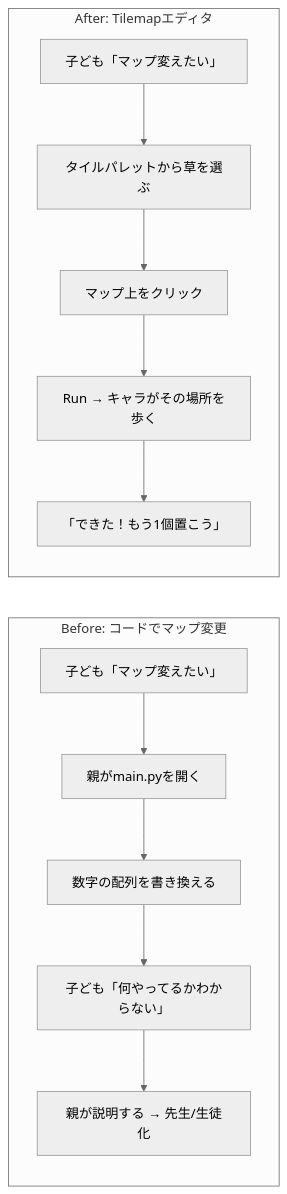
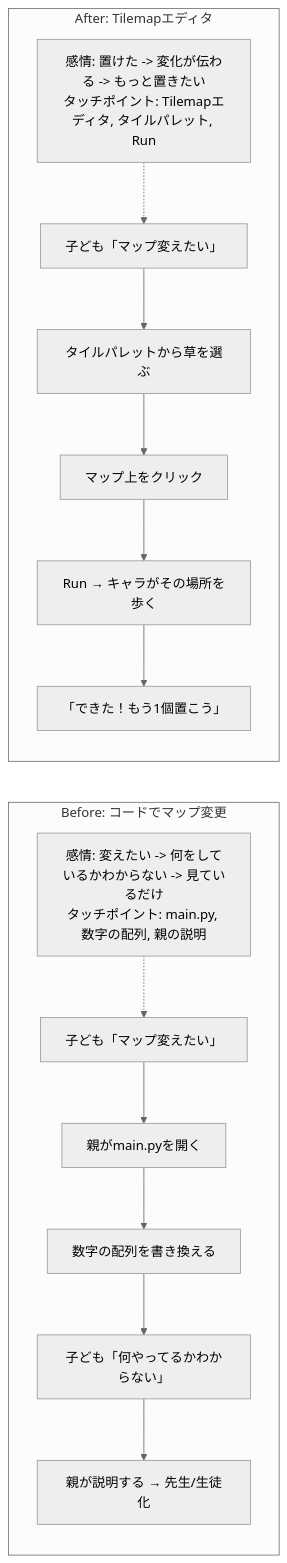
Before and after one commit to tatsuro-ueda/code-quest-pyxel: the first of 42 diagrams in docs/product-requirements/customer-journeys.md, drawn with Mermaid (neutral theme). The commit also changed other lines of this file and 23 other files, not shown here.

````diff
--- a/docs/product-requirements/customer-journeys.md
+++ b/docs/product-requirements/customer-journeys.md
@@ -17,15 +19,19 @@
 ```mermaid
 flowchart LR
     subgraph Before["Before: コードでマップ変更"]
+        BM["感情: 変えたい -> 何をしているかわからない -> 見ているだけ<br/>タッチポイント: main.py, 数字の配列, 親の説明"]
+        BM -.-> B1
         B1[子ども「マップ変えたい」] --> B2[親がmain.pyを開く]
         B2 --> B3[数字の配列を書き換える]
         B3 --> B4[子ども「何やってるかわからない」]
         B4 --> B5[親が説明する → 先生/生徒化]
     end
     subgraph After["After: Tilemapエディタ"]
+        AM["感情: 置けた -> 変化が伝わる -> もっと置きたい<br/>タッチポイント: Tilemapエディタ, タイルパレット, Run"]
+        AM -.-> A1
         A1[子ども「マップ変えたい」] --> A2[タイルパレットから草を選ぶ]
         A2 --> A3[マップ上をクリック]
         A3 --> A4[Run → キャラがその場所を歩く]
         A4 --> A5[「できた！もう1個置こう」]
     end
 ```
````
